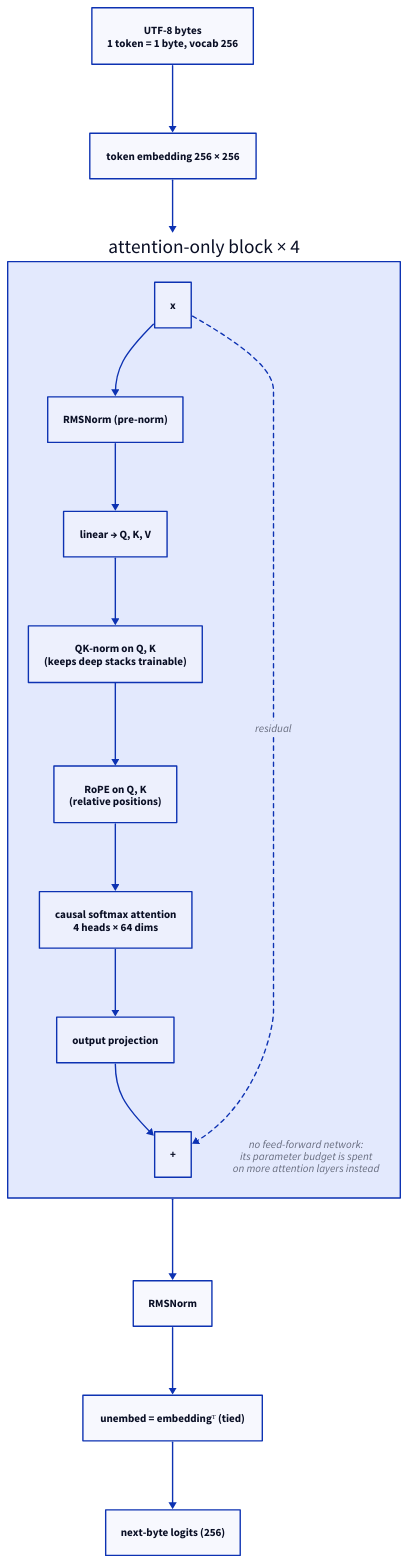
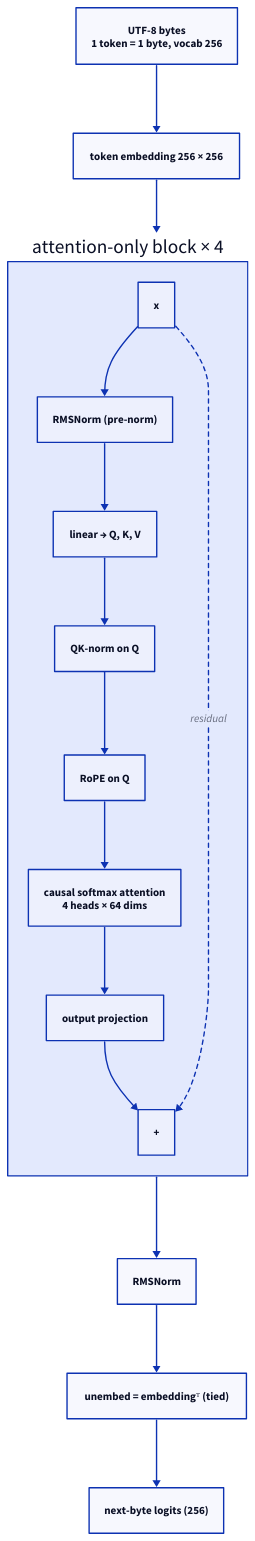
Before and after one commit to stroblme/wren: the diagram in docs/architecture.d2, drawn with D2. The commit also changed 4 other files, not shown here.

Commit message:
dark/light variant

```diff
--- a/docs/architecture.d2
+++ b/docs/architecture.d2
@@ -1,30 +1,30 @@
 # Wren architecture — attention-only byte-level decoder
-# render: d2 docs/architecture.d2 docs/architecture.svg
+# render, from the repo root (elk with tight spacing keeps the drawing compact;
+# the site picks the light or dark file by its theme toggle, see extra.css):
+#   d2 -l elk --elk-nodeNodeBetweenLayers 24 --elk-edgeNodeBetweenLayers 12 --pad 8 docs/architecture.d2 docs/architecture.svg
+#   d2 -l elk --elk-nodeNodeBetweenLayers 24 --elk-edgeNodeBetweenLayers 12 --pad 8 -t 200 docs/architecture.d2 docs/architecture-dark.svg
 
 direction: down
+style.fill: transparent
 
 bytes: "UTF-8 bytes\n1 token = 1 byte, vocab 256"
 embed: "token embedding 256 × 256"
 
 blocks: "attention-only block   × 4" {
   x: "x"
   norm: "RMSNorm (pre-norm)"
   qkv: "linear → Q, K, V"
-  qk: "QK-norm on Q, K\n(keeps deep stacks trainable)"
-  rope: "RoPE on Q, K\n(relative positions)"
+  qk: "QK-norm on Q"
+  rope: "RoPE on Q"
   attn: "causal softmax attention\n4 heads × 64 dims"
   wo: "output projection"
   add: "+"
   x -> norm -> qkv -> qk -> rope -> attn -> wo -> add
   x -> add: "residual" {style.stroke-dash: 3}
-  note: "no feed-forward network:\nits parameter budget is spent\non more attention layers instead" {
-    shape: text
-    style.italic: true
-  }
 }
 
 final: "RMSNorm"
 unembed: "unembed = embeddingᵀ (tied)"
 logits: "next-byte logits (256)"
 
 bytes -> embed -> blocks -> final -> unembed -> logits
```
